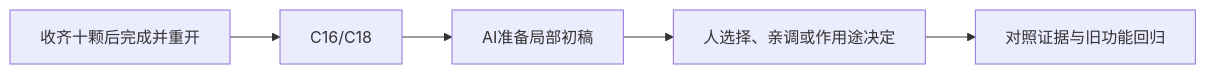
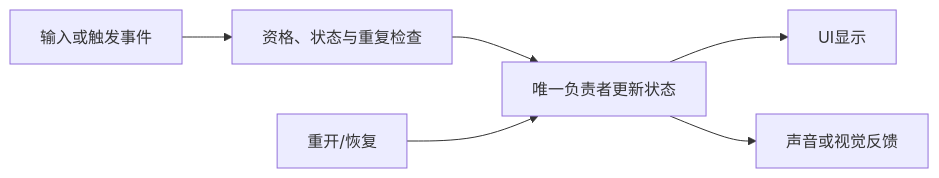
One commit to Zilur/ai-3d-game-learning changed the diagram in curriculum/lessons/B12.md. Above: the diagram before and after it, drawn with Mermaid. The commit also changed other lines of this file and 164 other files, not shown here.

Commit message:
docs: publish 47 step-by-step AI lesson flows, world upgrade and optional training corner

````diff
--- a/curriculum/lessons/B12.md
+++ b/curriculum/lessons/B12.md
@@ -38,7 +35,8 @@
 ```mermaid
 flowchart LR
-  S["收齐十颗后完成并重开"] --> K["C16/C18"]
-  K --> AI["AI准备局部初稿"]
-  AI --> H["人选择、亲调或作用途决定"]
-  H --> V["对照证据与旧功能回归"]
+ E["输入或触发事件"] --> C["资格、状态与重复检查"]
+ C --> S["唯一负责者更新状态"]
+ S --> U["UI显示"]
+ S --> F["声音或视觉反馈"]
+ R["重开/恢复"] --> S
 ```
````
